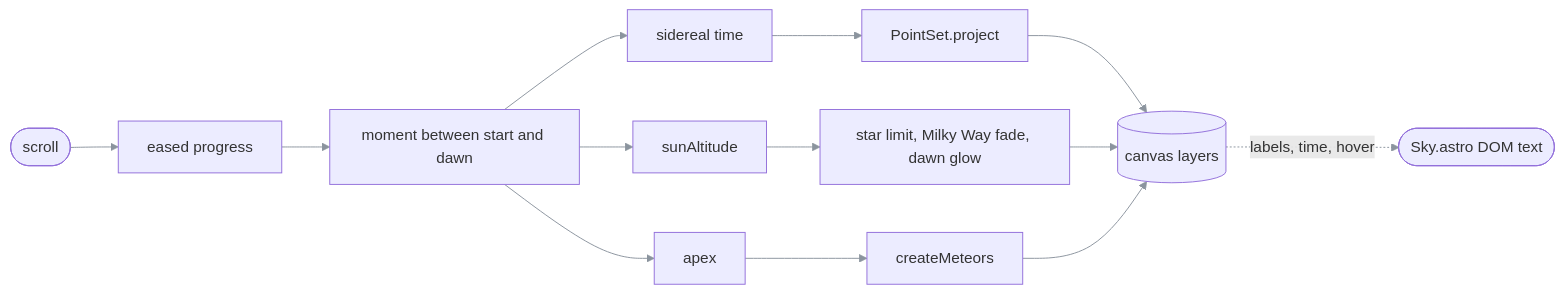
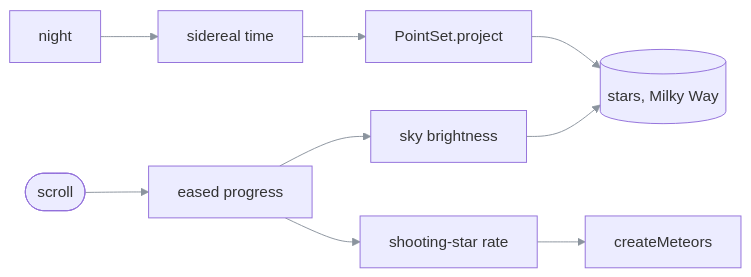
Before and after one commit to EzzoHamdan/EzzoHamdan.github.io: the second of 2 diagrams in README.md, drawn with Mermaid. The commit also changed other lines of this file, not shown here.

Commit message:
Document the still sky and record the dropped scroll experiments

````diff
--- a/README.md
+++ b/README.md
@@ -117,13 +111,10 @@
 ```mermaid
 %%{init: {'themeVariables': {'fontFamily': 'ui-monospace, SFMono-Regular, Menlo, monospace', 'lineColor': '#8b949e'}}}%%
 flowchart LR
+  night[night] --> lst[sidereal time] --> project[PointSet.project] --> sky[(stars, Milky Way)]
   scroll([scroll]) --> progress[eased progress]
-  progress --> moment[moment between start and dawn]
-  moment --> lst[sidereal time] --> project[PointSet.project]
-  moment --> sunalt[sunAltitude] --> twilight[star limit, Milky Way fade, dawn glow]
-  moment --> apexnode[apex] --> meteors[createMeteors]
-  project --> canvas[(canvas layers)]
-  twilight --> canvas
-  meteors --> canvas
-  canvas -. "labels, time, hover" .-> page([Sky.astro DOM text])
+  progress --> dim[sky brightness]
+  progress --> rate[shooting-star rate]
+  dim --> sky
+  rate --> meteors[createMeteors]
 ```
````
